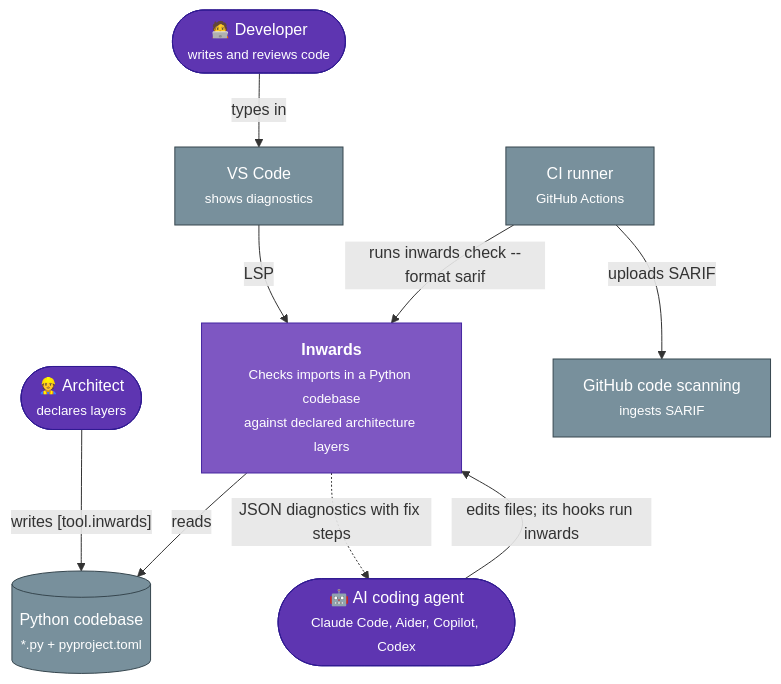
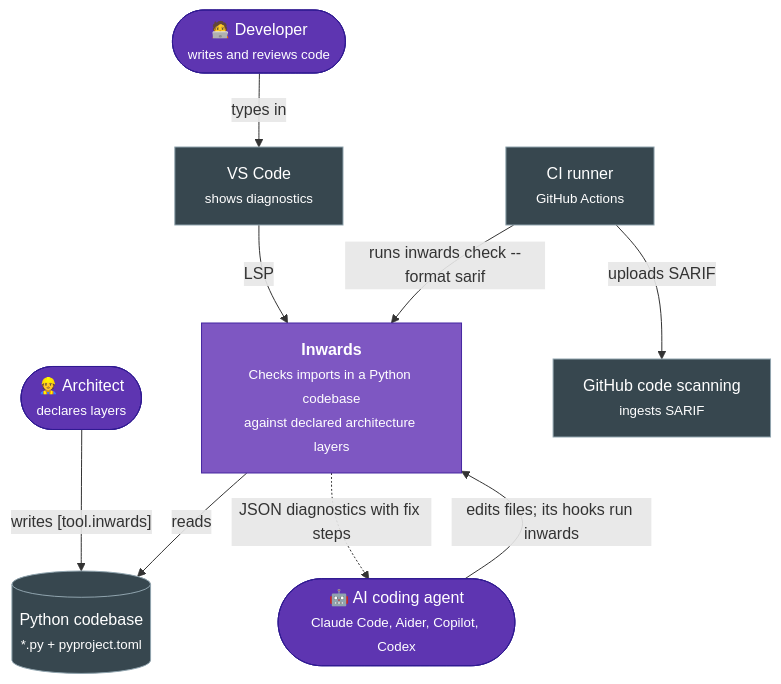
Before and after one commit to SirCypkowskyy/inwards: the first of 6 diagrams in docs/chapters/03-Architecture-C4.md, drawn with Mermaid. The commit also changed other lines of this file and 4 other files, not shown here.

````diff
--- a/docs/chapters/03-Architecture-C4.md
+++ b/docs/chapters/03-Architecture-C4.md
@@ -12,29 +12,29 @@
 ```mermaid
 flowchart TB
     architect(["👷 Architect<br/><small>declares layers</small>"])
     dev(["🧑‍💻 Developer<br/><small>writes and reviews code</small>"])
     agent(["🤖 AI coding agent<br/><small>Claude Code, Aider, Copilot, Codex</small>"])
 
     inwards["<b>Inwards</b><br/><small>Checks imports in a Python codebase<br/>against declared architecture layers</small>"]
 
     repo[("Python codebase<br/><small>*.py + pyproject.toml</small>")]
     editor["VS Code<br/><small>shows diagnostics</small>"]
     ci["CI runner<br/><small>GitHub Actions</small>"]
     scanning["GitHub code scanning<br/><small>ingests SARIF</small>"]
 
     architect -- "writes [tool.inwards]" --> repo
     agent -- "edits files; its hooks run inwards" --> inwards
     dev -- "types in" --> editor
     editor -- "LSP" --> inwards
     ci -- "runs inwards check --format sarif" --> inwards
     inwards -- "reads" --> repo
     ci -- "uploads SARIF" --> scanning
     inwards -. "JSON diagnostics with fix steps" .-> agent
 
     classDef person fill:#5e35b1,color:#fff,stroke:#311b92
     classDef system fill:#7e57c2,color:#fff,stroke:#4527a0
-    classDef ext fill:#78909c,color:#fff,stroke:#37474f
+    classDef ext fill:#37474f,color:#fff,stroke:#90a4ae
     class architect,dev,agent person
     class inwards system
     class repo,editor,ci,scanning ext
 ```
````
